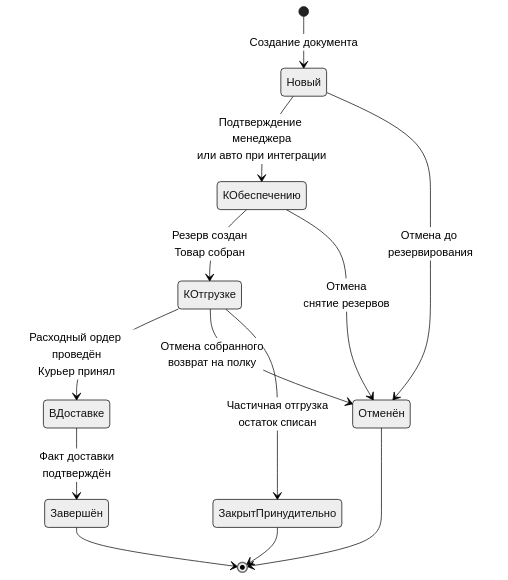
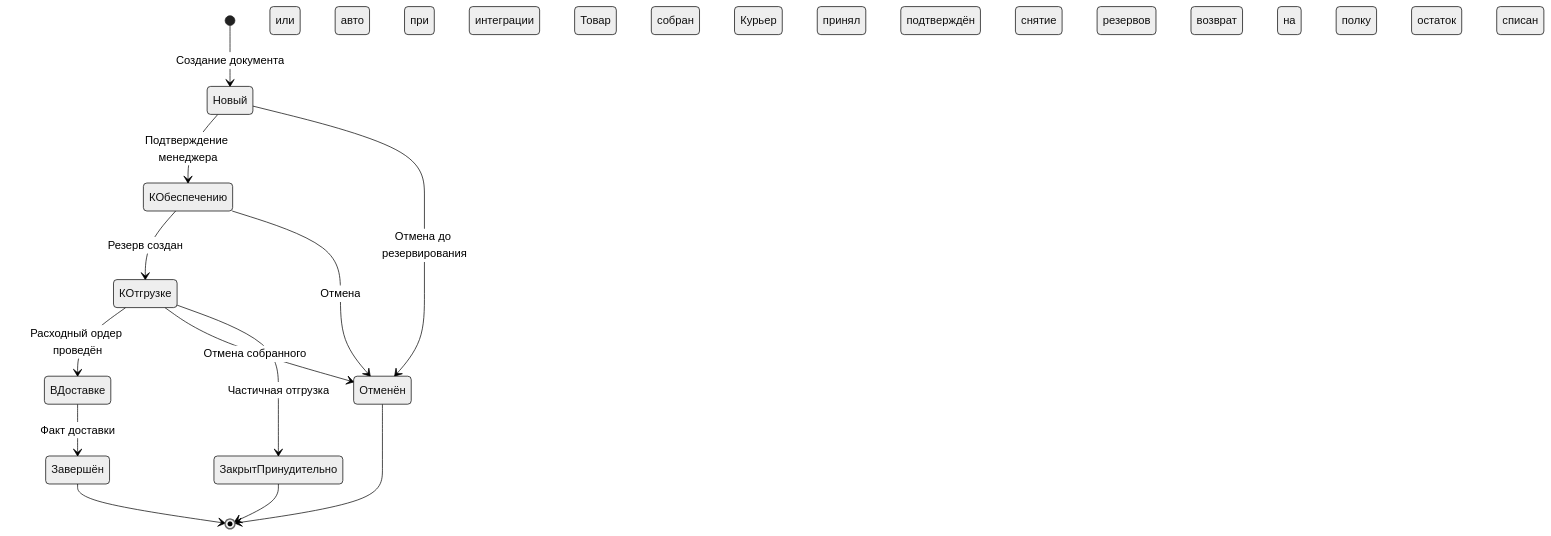
One commit to murad1986/1c-erp-quartz changed the first of 7 diagrams in content/1c-erp/week_6/Неделя 6 - День 2 - Статусная модель заказа.md. Above: the diagram before and after it, drawn with Mermaid (neutral theme). The commit also changed other lines of this file and 37 other files, not shown here.

First line of the commit message:
Fix lesson sorting, Mermaid colors, and syntax errors

````diff
--- a/content/1c-erp/week_6/Неделя 6 - День 2 - Статусная модель заказа.md
+++ b/content/1c-erp/week_6/Неделя 6 - День 2 - Статусная модель заказа.md
@@ -41,15 +41,22 @@
 ```mermaid
 stateDiagram-v2
     [*] --> Новый : Создание документа
-    Новый --> КОбеспечению : Подтверждение менеджера<br/>или авто при интеграции
-    КОбеспечению --> КОтгрузке : Резерв создан<br/>Товар собран
-    КОтгрузке --> ВДоставке : Расходный ордер проведён<br/>Курьер принял
-    ВДоставке --> Завершён : Факт доставки<br/>подтверждён
+    Новый --> КОбеспечению : Подтверждение менеджера
+или авто при интеграции
+    КОбеспечению --> КОтгрузке : Резерв создан
+Товар собран
+    КОтгрузке --> ВДоставке : Расходный ордер проведён
+Курьер принял
+    ВДоставке --> Завершён : Факт доставки
+подтверждён
     Новый --> Отменён : Отмена до резервирования
-    КОбеспечению --> Отменён : Отмена<br/>снятие резервов
-    КОтгрузке --> Отменён : Отмена собранного<br/>возврат на полку
+    КОбеспечению --> Отменён : Отмена
+снятие резервов
+    КОтгрузке --> Отменён : Отмена собранного
+возврат на полку
     Завершён --> [*]
     Отменён --> [*]
-    КОтгрузке --> ЗакрытПринудительно : Частичная отгрузка<br/>остаток списан
+    КОтгрузке --> ЗакрытПринудительно : Частичная отгрузка
+остаток списан
     ЗакрытПринудительно --> [*]
 ```
````
